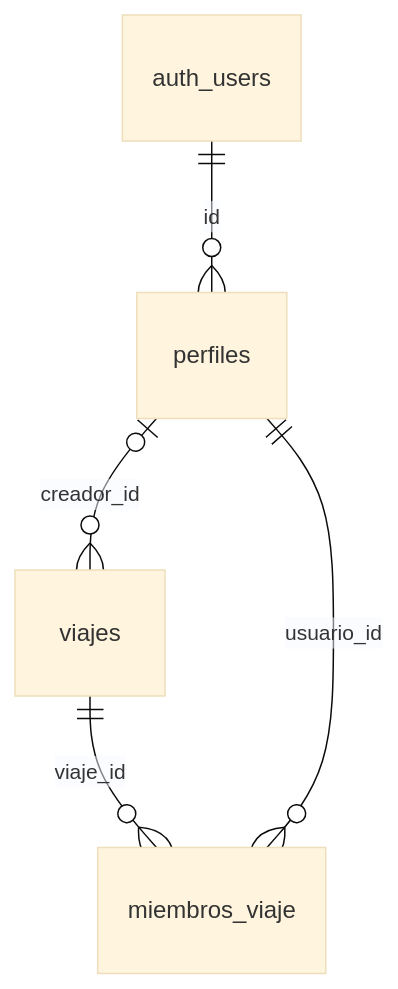
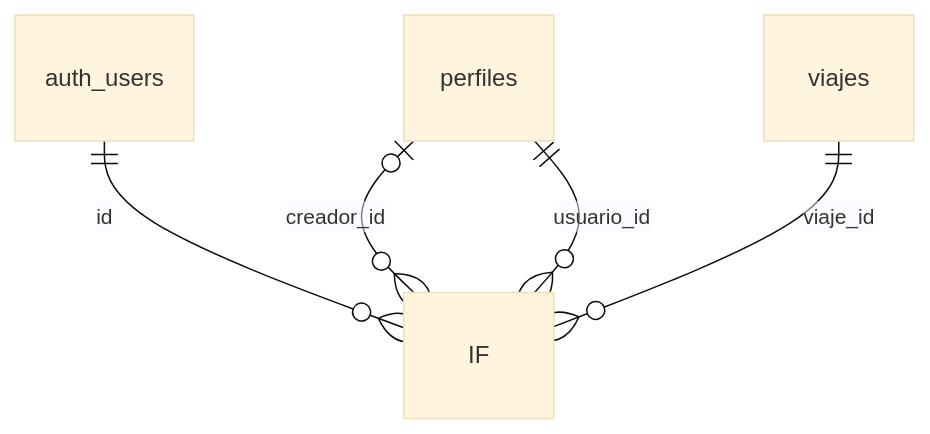
Before and after one commit to UNIZAR-30248-2026-TRAVELWRAP/Backend: the diagram in docs/BASE_DE_DATOS.md, drawn with Mermaid (base theme). The commit also changed other lines of this file and 2 other files, not shown here.

````diff
--- a/docs/BASE_DE_DATOS.md
+++ b/docs/BASE_DE_DATOS.md
@@ -17,7 +17,7 @@
 ```mermaid
 erDiagram
-    auth_users ||--o{ perfiles : "id"
-    perfiles |o--o{ viajes : "creador_id"
-    viajes ||--o{ miembros_viaje : "viaje_id"
-    perfiles ||--o{ miembros_viaje : "usuario_id"
+    auth_users ||--o{ IF : "id"
+    perfiles |o--o{ IF : "creador_id"
+    viajes ||--o{ IF : "viaje_id"
+    perfiles ||--o{ IF : "usuario_id"
 ```
````
